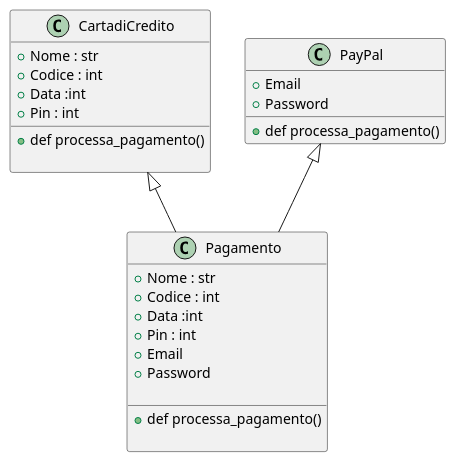
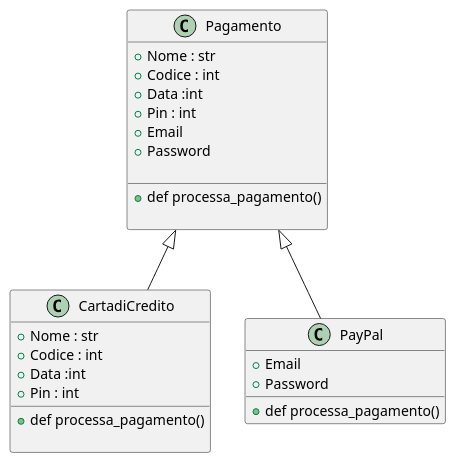
One commit to AlessandroSanchi/4mAAAA changed the diagram in pumlpuml/6.puml. Above: the diagram before and after it, drawn with PlantUML. The commit also changed 2 other files, not shown here.

```diff
--- a/pumlpuml/6.puml
+++ b/pumlpuml/6.puml
@@ -1,37 +1,37 @@
 @startuml a
 
 class Pagamento {
     +Nome : str
     +Codice : int 
     +Data :int 
     +Pin : int 
     +Email 
     +Password 
 
     __
     +def processa_pagamento()
 
 }
 class CartadiCredito {
      +Nome : str
      +Codice : int 
      +Data :int 
      +Pin : int 
      __
      +def processa_pagamento()
 
 }
 class PayPal {
      +Email
      +Password
      __
      +def processa_pagamento()
 }
 
     
 
 
-CartadiCredito <|-- Pagamento
-PayPal <|-- Pagamento
+Pagamento<|-- CartadiCredito
+Pagamento <|-- PayPal
 
 @enduml
```
